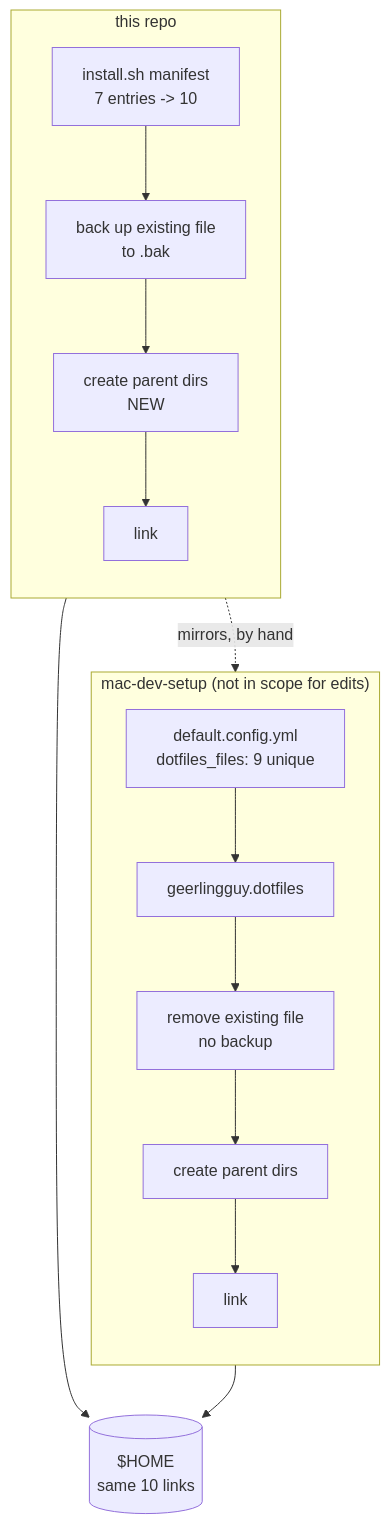
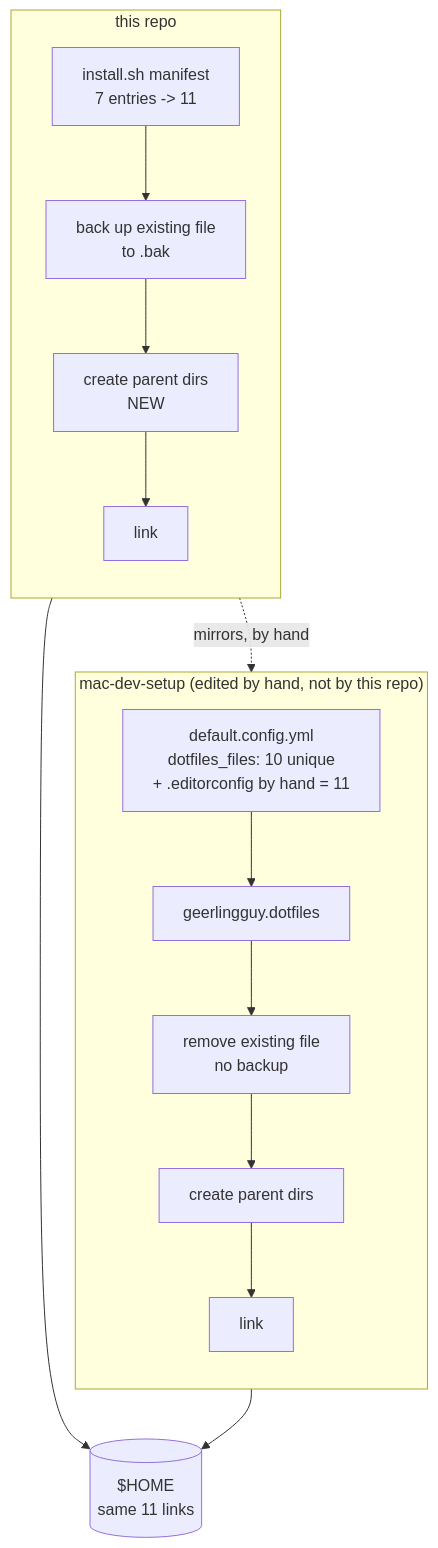
One commit to jasonheecs/dotfiles changed the diagram in openspec/changes/align-standalone-install-with-ansible/design.md. Above: the diagram before and after it, drawn with Mermaid. The commit also changed other lines of this file and 11 other files, not shown here.

````diff
--- a/openspec/changes/align-standalone-install-with-ansible/design.md
+++ b/openspec/changes/align-standalone-install-with-ansible/design.md
@@ -30,22 +34,22 @@
 ```mermaid
 flowchart TD
-    subgraph ansible["mac-dev-setup (not in scope for edits)"]
+    subgraph ansible["mac-dev-setup (edited by hand, not by this repo)"]
         direction TB
-        a1[default.config.yml<br/>dotfiles_files: 9 unique] --> a2[geerlingguy.dotfiles]
+        a1[default.config.yml<br/>dotfiles_files: 10 unique<br/>+ .editorconfig by hand = 11] --> a2[geerlingguy.dotfiles]
         a2 --> a3[remove existing file<br/>no backup]
         a3 --> a4[create parent dirs]
         a4 --> a5[link]
     end
 
     subgraph standalone["this repo"]
         direction TB
-        b1[install.sh manifest<br/>7 entries -> 10] --> b2[back up existing file<br/>to .bak]
+        b1[install.sh manifest<br/>7 entries -> 11] --> b2[back up existing file<br/>to .bak]
         b2 --> b3[create parent dirs<br/>NEW]
         b3 --> b4[link]
     end
 
-    a5 --> home[("$HOME<br/>same 10 links")]
+    a5 --> home[("$HOME<br/>same 11 links")]
     b4 --> home
 
     b1 -.mirrors, by hand.-> a1
 ```
````
